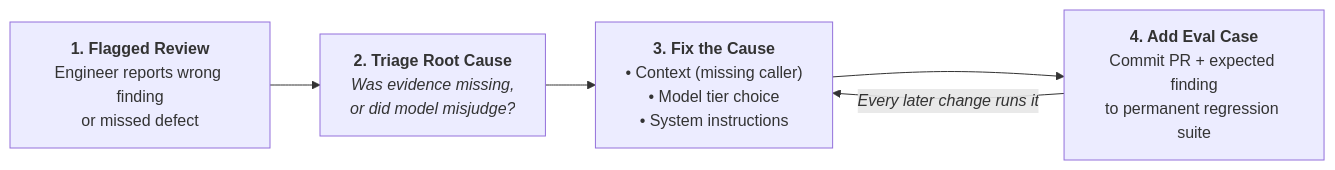
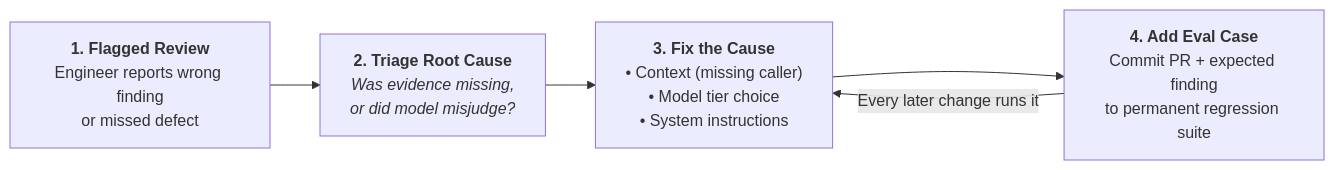
Before and after one commit to geeksperiments/public_notes: diagram 23 of 31 in AI-Generated Code == Code You Can Trust - AISG & Sonar at EDB.md, drawn with Mermaid. The commit also changed other lines of this file, not shown here.

Commit message:
Fix Mermaid syntax: quote edge labels and node labels with special characters

````diff
--- a/AI-Generated Code == Code You Can Trust - AISG & Sonar at EDB.md
+++ b/AI-Generated Code == Code You Can Trust - AISG & Sonar at EDB.md
@@ -1867,10 +1867,10 @@
 ```mermaid
 flowchart LR
     F1["<b>1. Flagged Review</b><br/>Engineer reports wrong finding<br/>or missed defect"] --> F2["<b>2. Triage Root Cause</b><br/><i>Was evidence missing,<br/>or did model misjudge?</i>"]
     
     F2 --> F3["<b>3. Fix the Cause</b><br/>• Context (missing caller)<br/>• Model tier choice<br/>• System instructions"]
     
     F3 --> F4["<b>4. Add Eval Case</b><br/>Commit PR + expected finding<br/>to permanent regression suite"]
     
-    F4 -->|<i>Every later change runs it</i>| F3
+    F4 -->|"Every later change runs it"| F3
 ```
````
